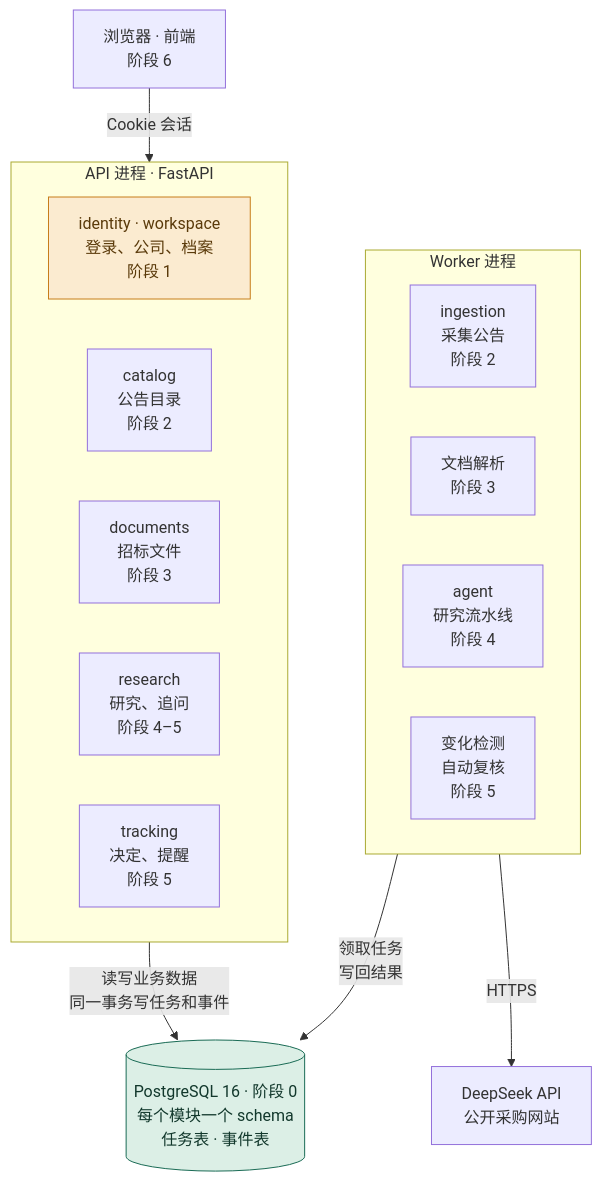
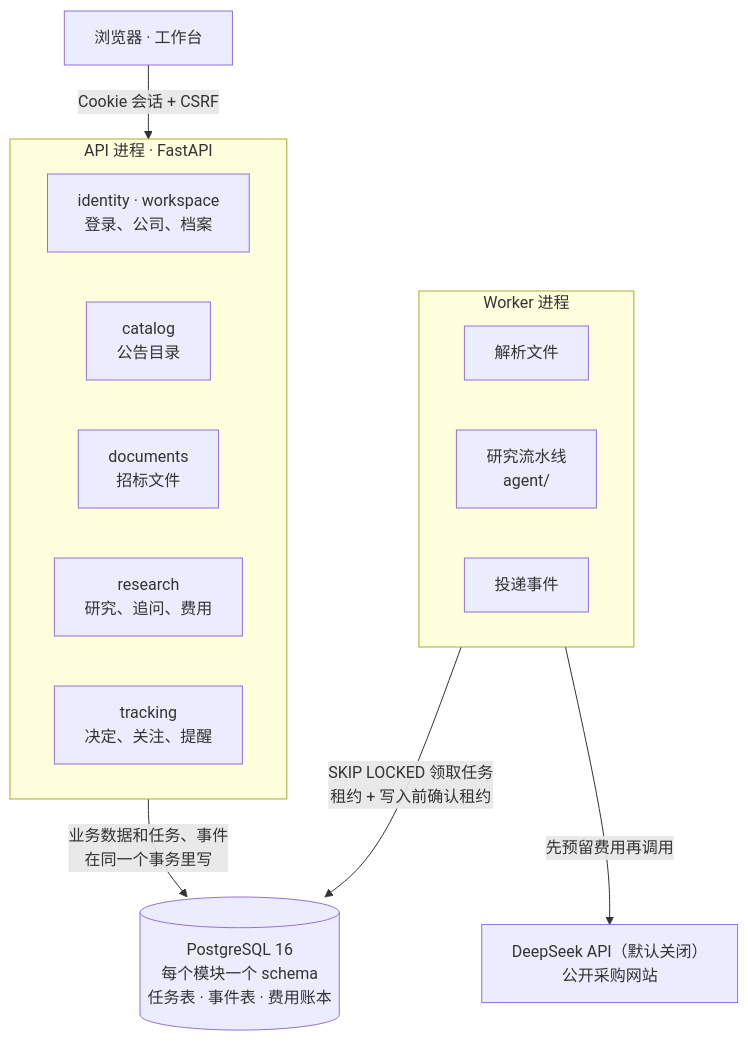
Before and after one commit to chasen2041maker/BidRadar: the second of 2 diagrams in README.md, drawn with Mermaid. The commit also changed other lines of this file and 193 other files, not shown here.

````diff
--- a/README.md
+++ b/README.md
@@ -54,27 +104,24 @@
 ```mermaid
 flowchart TB
-    web["浏览器 · 前端<br/>阶段 6"]
-    subgraph API["API 进程 · FastAPI"]
-        m1["identity · workspace<br/>登录、公司、档案<br/>阶段 1"]
-        m2["catalog<br/>公告目录<br/>阶段 2"]
-        m3["documents<br/>招标文件<br/>阶段 3"]
-        m4["research<br/>研究、追问<br/>阶段 4–5"]
-        m5["tracking<br/>决定、提醒<br/>阶段 5"]
+    browser["浏览器 · 工作台"]
+    subgraph api["API 进程 · FastAPI"]
+        direction LR
+        m1["identity · workspace<br/>登录、公司、档案"]
+        m2["catalog<br/>公告目录"]
+        m3["documents<br/>招标文件"]
+        m4["research<br/>研究、追问、费用"]
+        m5["tracking<br/>决定、关注、提醒"]
     end
-    subgraph Worker["Worker 进程"]
-        w1["ingestion<br/>采集公告<br/>阶段 2"]
-        w2["文档解析<br/>阶段 3"]
-        w3["agent<br/>研究流水线<br/>阶段 4"]
-        w4["变化检测<br/>自动复核<br/>阶段 5"]
+    subgraph worker["Worker 进程"]
+        direction LR
+        w1["解析文件"]
+        w2["研究流水线<br/>agent/"]
+        w3["投递事件"]
     end
-    db[("PostgreSQL 16 · 阶段 0<br/>每个模块一个 schema<br/>任务表 · 事件表")]
-    ext["DeepSeek API<br/>公开采购网站"]
-    web -- "Cookie 会话" --> API
-    API -- "读写业务数据<br/>同一事务写任务和事件" --> db
-    Worker -- "领取任务<br/>写回结果" --> db
-    Worker -- "HTTPS" --> ext
-    classDef done fill:#DCEFE6,stroke:#1A6B55,color:#12382C
-    classDef next fill:#FBEBD0,stroke:#C77D1A,color:#5A3A0A
-    class db done
-    class m1 next
+    db[("PostgreSQL 16<br/>每个模块一个 schema<br/>任务表 · 事件表 · 费用账本")]
+    ext["DeepSeek API（默认关闭）<br/>公开采购网站"]
+    browser -- "Cookie 会话 + CSRF" --> api
+    api -- "业务数据和任务、事件<br/>在同一个事务里写" --> db
+    worker -- "SKIP LOCKED 领取任务<br/>租约 + 写入前确认租约" --> db
+    worker -- "先预留费用再调用" --> ext
 ```
````
